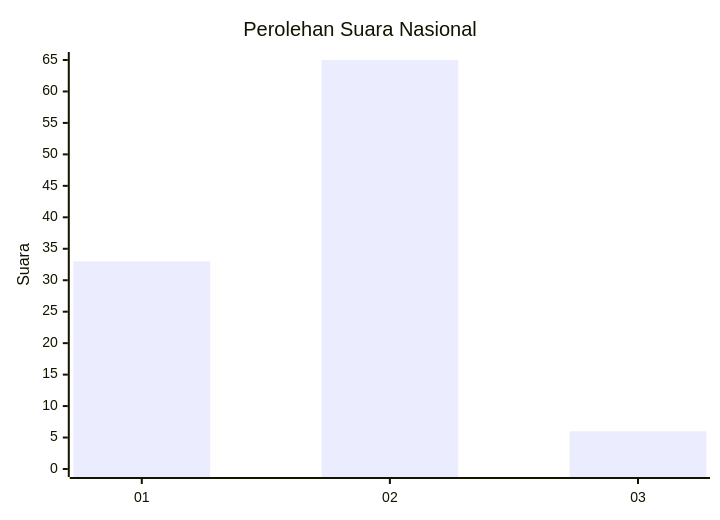
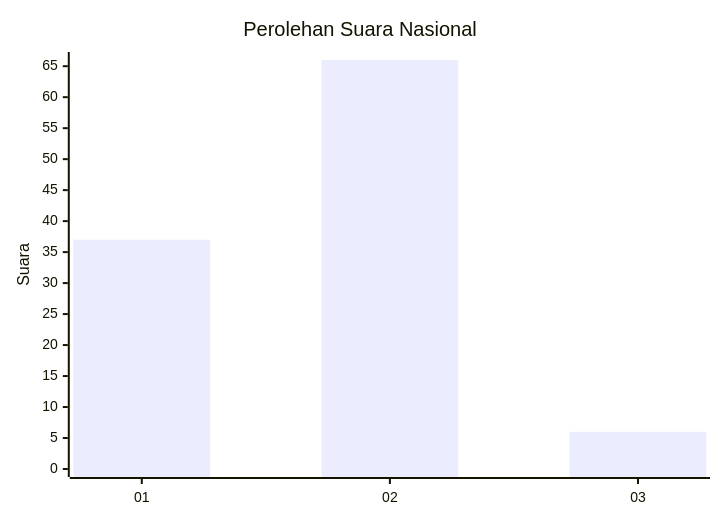
Before and after one commit to gigit-pemilu/pemilu-2024-52-nusa-tenggara-barat: the first of 2 diagrams in pilpres/hitung-suara/sub/52-nusa-tenggara-barat/sub/01-lombok-barat/sub/03-narmada/sub/2007-sedau/sub/010-tps/README.md, drawn with Mermaid. The commit also changed other lines of this file and 721 other files, not shown here.

````diff
--- a/pilpres/hitung-suara/sub/52-nusa-tenggara-barat/sub/01-lombok-barat/sub/03-narmada/sub/2007-sedau/sub/010-tps/README.md
+++ b/pilpres/hitung-suara/sub/52-nusa-tenggara-barat/sub/01-lombok-barat/sub/03-narmada/sub/2007-sedau/sub/010-tps/README.md
@@ -5,7 +5,7 @@
 ```mermaid
 xychart-beta
     title "Perolehan Suara Nasional"
     x-axis [01, 02, 03]
-    y-axis "Suara" 0 --> 65
-    bar [33, 65, 6]
+    y-axis "Suara" 0 --> 66
+    bar [37, 66, 6]
 ```
````
